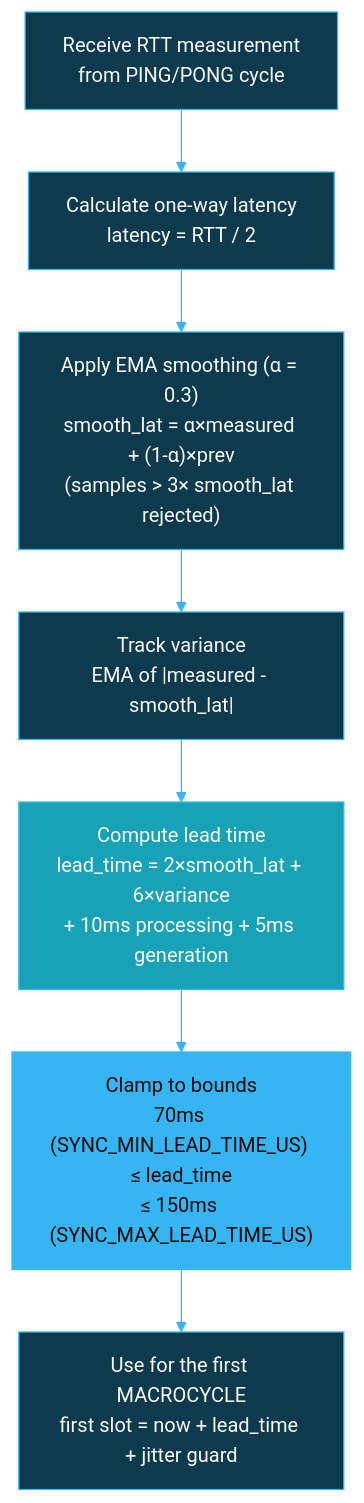
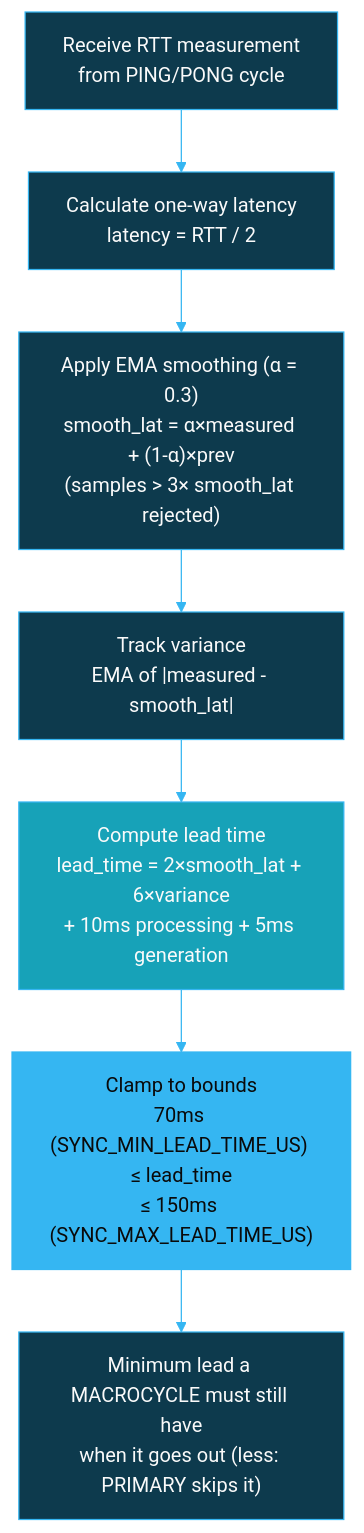
Before and after one commit to BlueBuzzah/BlueBuzzah-Firmware: the tenth of 11 diagrams in docs/THERAPY_SESSION_FLOW.md, drawn with Mermaid. The commit also changed other lines of this file and 2 other files, not shown here.

Commit message:
docs(sync): every macrocycle goes out 300 ms ahead; motor task late drops

````diff
--- a/docs/THERAPY_SESSION_FLOW.md
+++ b/docs/THERAPY_SESSION_FLOW.md
@@ -672,36 +672,36 @@
 ```mermaid
 %%{init: {'theme': 'base', 'themeVariables': {
   'primaryColor': '#0d3a4d',
   'primaryTextColor': '#fafafa',
   'primaryBorderColor': '#35B6F2',
   'lineColor': '#35B6F2',
   'secondaryColor': '#05212D',
   'tertiaryColor': '#0a0a0a',
   'background': '#0a0a0a',
   'mainBkg': '#0d3a4d',
   'nodeBorder': '#35B6F2',
   'clusterBkg': '#05212D',
   'clusterBorder': '#35B6F2',
   'titleColor': '#fafafa',
   'edgeLabelBackground': '#0a0a0a'
 }}}%%
 flowchart TD
     A["Receive RTT measurement<br/>from PING/PONG cycle"]
 
     B["Calculate one-way latency<br/>latency = RTT / 2"]
 
     C["Apply EMA smoothing (α = 0.3)<br/>smooth_lat = α×measured + (1-α)×prev<br/>(samples > 3× smooth_lat rejected)"]
 
     D["Track variance<br/>EMA of |measured - smooth_lat|"]
 
     E["Compute lead time<br/>lead_time = 2×smooth_lat + 6×variance<br/>+ 10ms processing + 5ms generation"]
 
     F["Clamp to bounds<br/>70ms (SYNC_MIN_LEAD_TIME_US) ≤ lead_time<br/>≤ 150ms (SYNC_MAX_LEAD_TIME_US)"]
 
-    G["Use for the first MACROCYCLE<br/>first slot = now + lead_time + jitter guard"]
+    G["Minimum lead a MACROCYCLE must still have<br/>when it goes out (less: PRIMARY skips it)"]
 
     A --> B --> C --> D --> E --> F --> G
 
     style E fill:#17a2b8,color:#fafafa
     style F fill:#35B6F2,color:#0a0a0a
 ```
````
